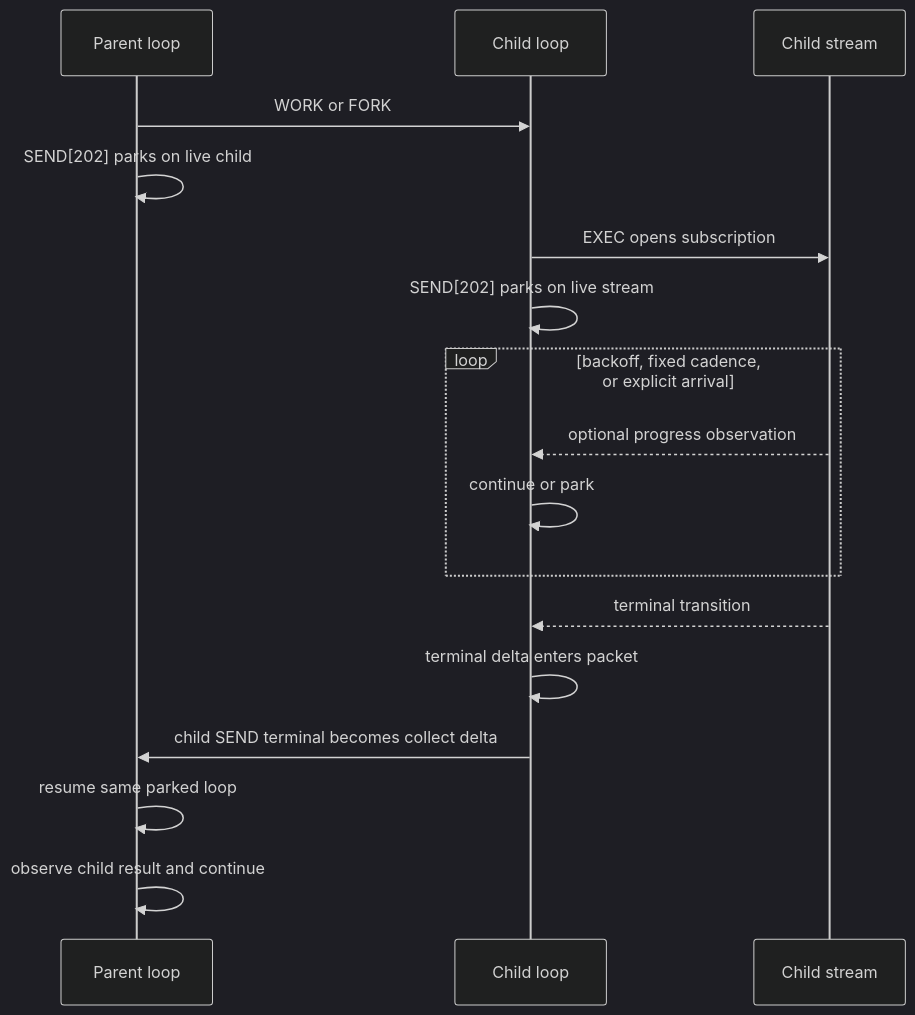
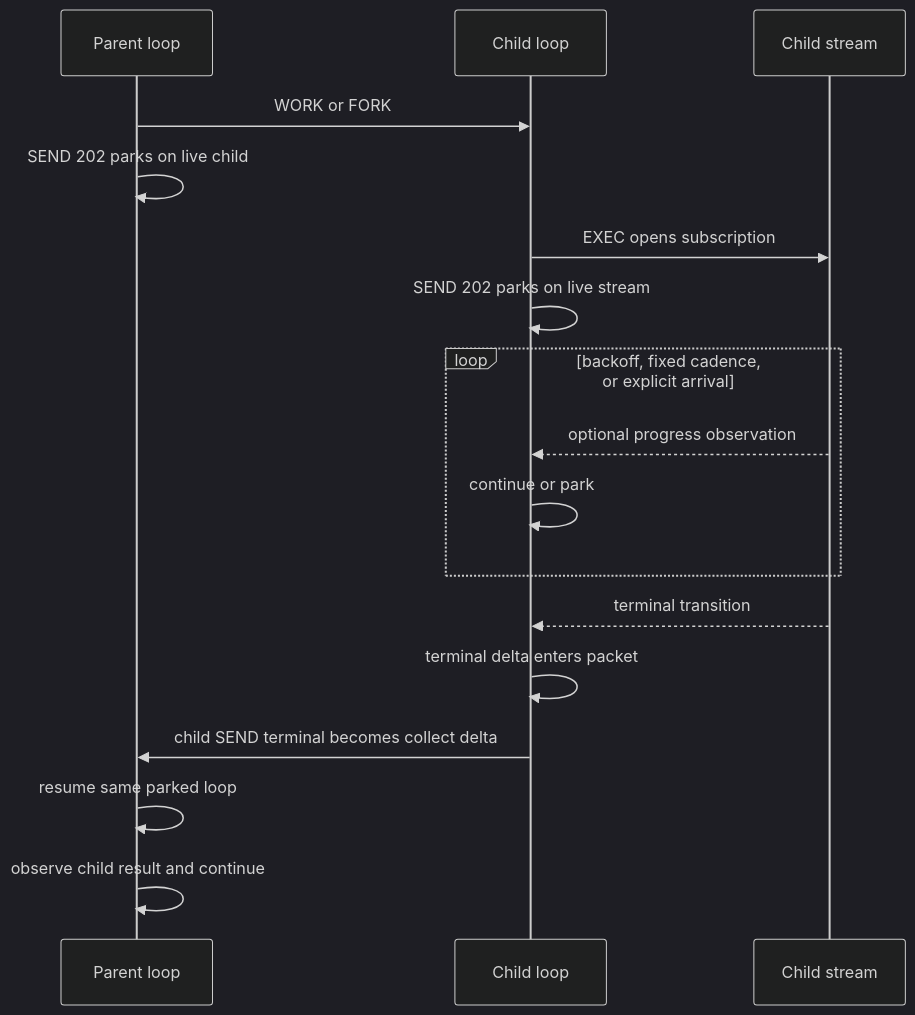
One commit to plurnk/plurnk-service changed the ninth of 18 diagrams in plurnk-core/SPEC.md. Above: the diagram before and after it, drawn with Mermaid (dark theme). The commit also changed other lines of this file and 204 other files, not shown here.

````diff
--- a/plurnk-core/SPEC.md
+++ b/plurnk-core/SPEC.md
@@ -575,19 +575,19 @@
 ```mermaid
 sequenceDiagram
     participant P as Parent loop
     participant C as Child loop
     participant S as Child stream
     P->>C: WORK or FORK
-    P->>P: SEND[202] parks on live child
+    P->>P: SEND 202 parks on live child
     C->>S: EXEC opens subscription
-    C->>C: SEND[202] parks on live stream
+    C->>C: SEND 202 parks on live stream
     loop backoff, fixed cadence, or explicit arrival
         S-->>C: optional progress observation
         C->>C: continue or park
     end
     S-->>C: terminal transition
     C->>C: terminal delta enters packet
     C->>P: child SEND terminal becomes collect delta
     P->>P: resume same parked loop
     P->>P: observe child result and continue
 ```
````
